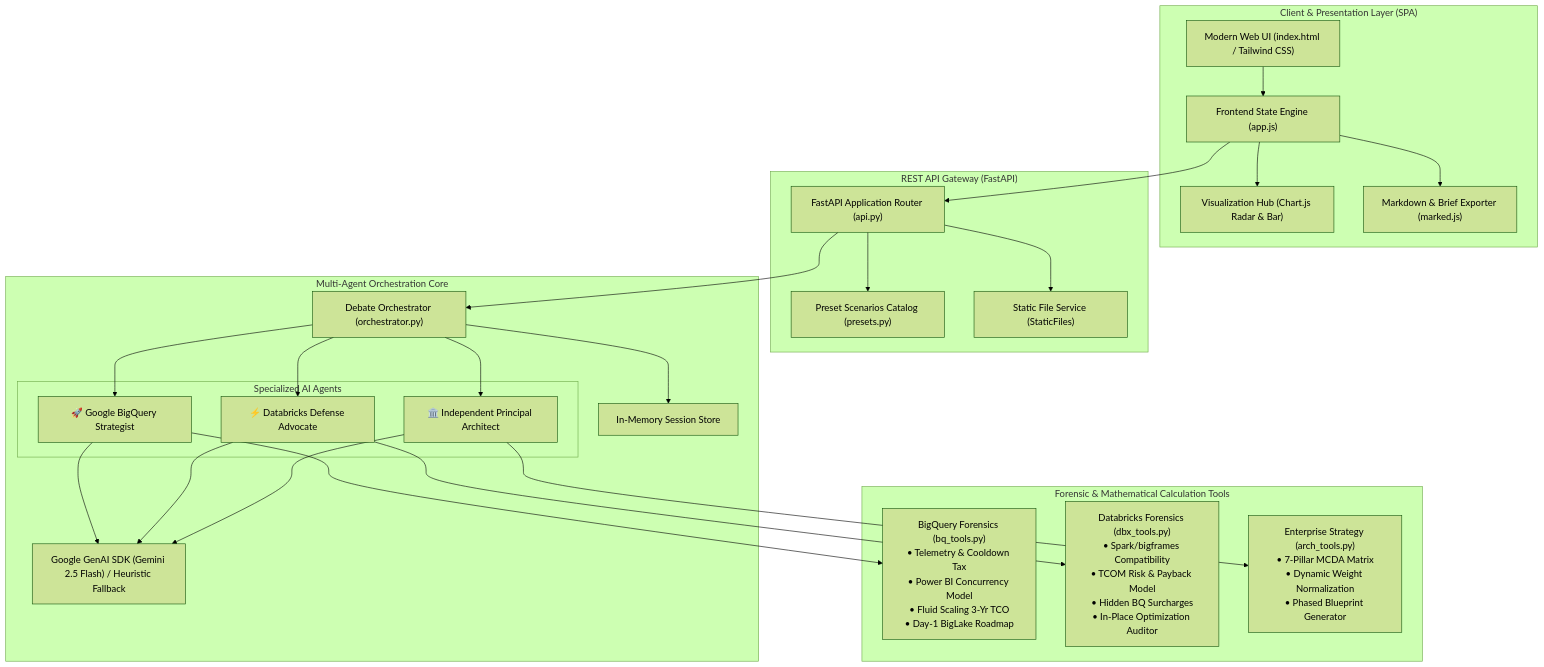
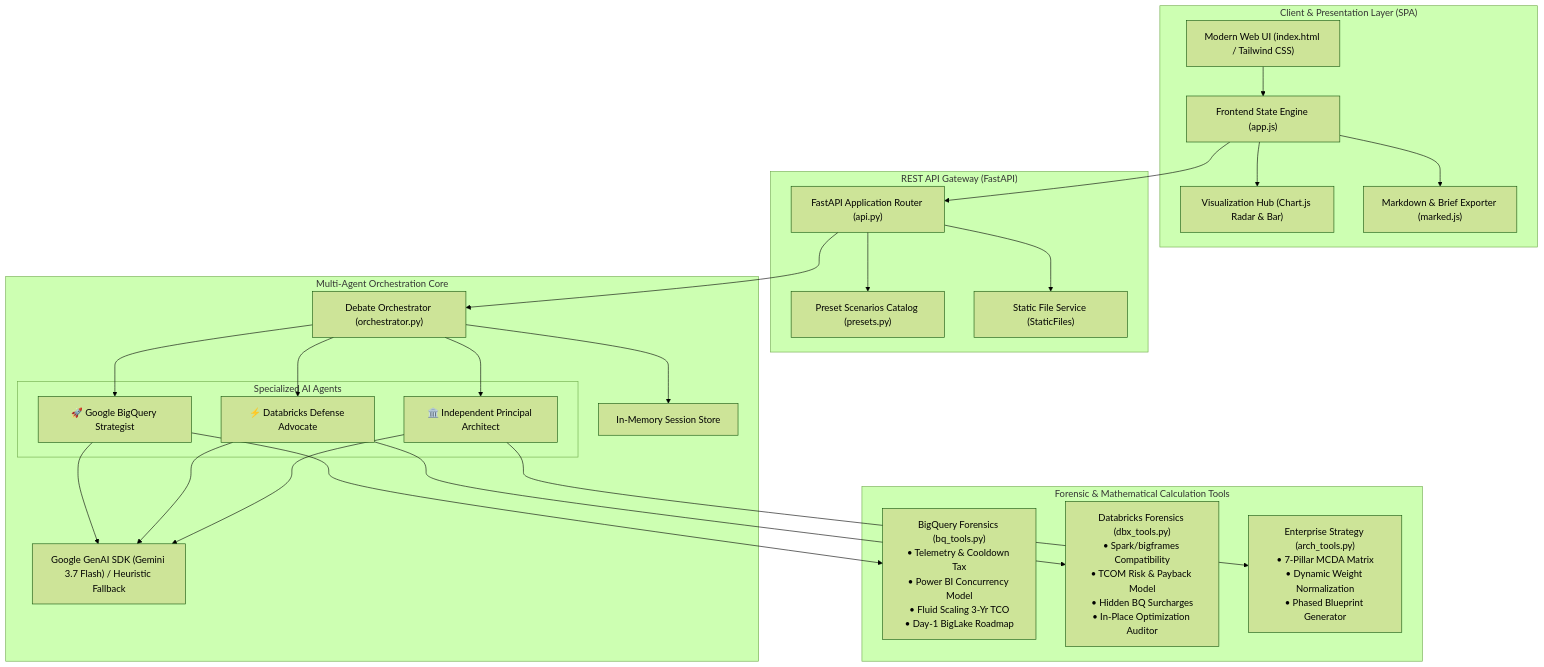
Before and after one commit to mkaczan/bq_dbx_debate: the first of 2 diagrams in ARCHITECTURE.md, drawn with Mermaid (forest theme). The commit also changed 1 other file, not shown here.

Commit message:
Update default LLM model to gemini-3.7-flash

````diff
--- a/ARCHITECTURE.md
+++ b/ARCHITECTURE.md
@@ -25,55 +25,55 @@
 ```mermaid
 graph TB
     subgraph Client_Layer ["Client & Presentation Layer (SPA)"]
         UI["Modern Web UI (index.html / Tailwind CSS)"]
         StateEngine["Frontend State Engine (app.js)"]
         ChartHub["Visualization Hub (Chart.js Radar & Bar)"]
         MDViewer["Markdown & Brief Exporter (marked.js)"]
     end
 
     subgraph API_Layer ["REST API Gateway (FastAPI)"]
         Router["FastAPI Application Router (api.py)"]
         PresetSvc["Preset Scenarios Catalog (presets.py)"]
         StaticSvc["Static File Service (StaticFiles)"]
     end
 
     subgraph Core_Engine ["Multi-Agent Orchestration Core"]
         Orchestrator["Debate Orchestrator (orchestrator.py)"]
         SessionStore["In-Memory Session Store"]
         
         subgraph Agents ["Specialized AI Agents"]
             BQAgent["🚀 Google BigQuery Strategist"]
             DBXAgent["⚡ Databricks Defense Advocate"]
             ArchAgent["🏛️ Independent Principal Architect"]
         end
         
-        LLM["Google GenAI SDK (Gemini 2.5 Flash) / Heuristic Fallback"]
+        LLM["Google GenAI SDK (Gemini 3.7 Flash) / Heuristic Fallback"]
     end
 
     subgraph Forensic_Tools ["Forensic & Mathematical Calculation Tools"]
         BQTools["BigQuery Forensics (bq_tools.py)<br/>• Telemetry & Cooldown Tax<br/>• Power BI Concurrency Model<br/>• Fluid Scaling 3-Yr TCO<br/>• Day-1 BigLake Roadmap"]
         DBXTools["Databricks Forensics (dbx_tools.py)<br/>• Spark/bigframes Compatibility<br/>• TCOM Risk & Payback Model<br/>• Hidden BQ Surcharges<br/>• In-Place Optimization Auditor"]
         MCDATool["Enterprise Strategy (arch_tools.py)<br/>• 7-Pillar MCDA Matrix<br/>• Dynamic Weight Normalization<br/>• Phased Blueprint Generator"]
     end
 
     UI --> StateEngine
     StateEngine --> Router
     StateEngine --> ChartHub
     StateEngine --> MDViewer
 
     Router --> PresetSvc
     Router --> Orchestrator
     Router --> StaticSvc
 
     Orchestrator --> SessionStore
     Orchestrator --> BQAgent
     Orchestrator --> DBXAgent
     Orchestrator --> ArchAgent
 
     BQAgent --> BQTools
     BQAgent --> LLM
     DBXAgent --> DBXTools
     DBXAgent --> LLM
     ArchAgent --> MCDATool
     ArchAgent --> LLM
 ```
````
